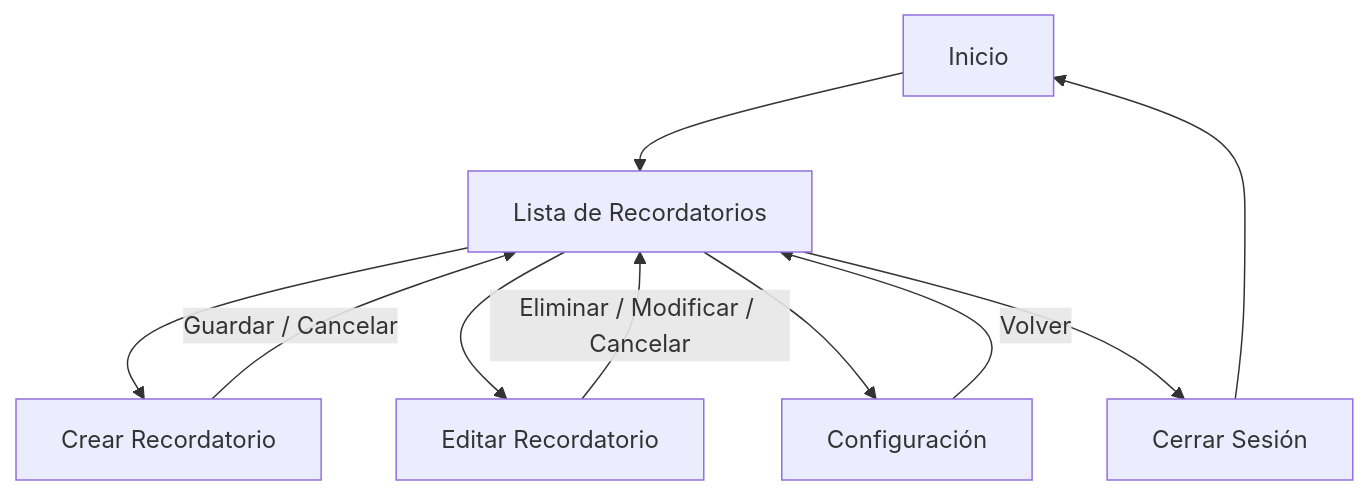
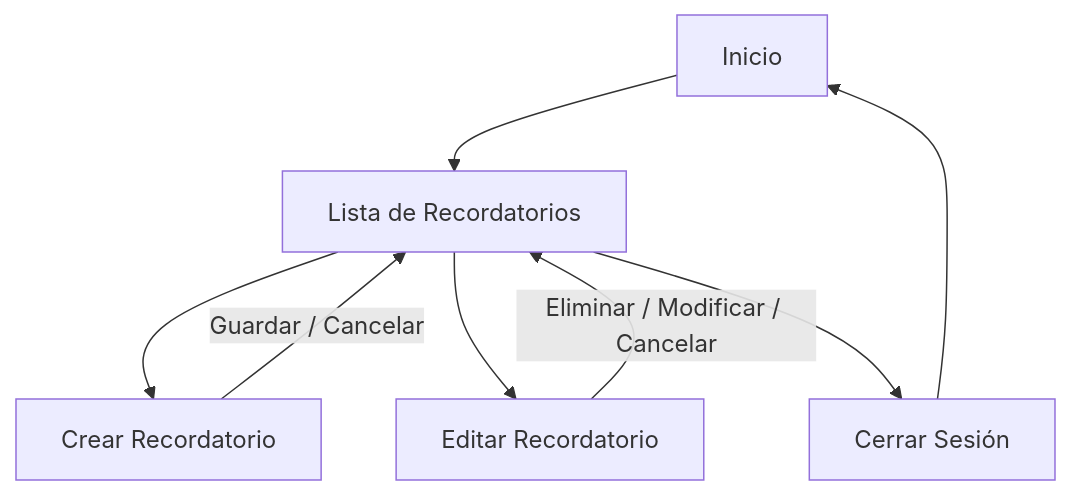
Before and after one commit to liuDam1/MV_Recordatorio: the diagram in README.md, drawn with Mermaid. The commit also changed other lines of this file and 2 other files, not shown here.

````diff
--- a/README.md
+++ b/README.md
@@ -64,14 +70,12 @@
 ```mermaid
 graph TD
     A[Inicio] --> B[Lista de Recordatorios]
 
     B --> C[Crear Recordatorio]
     B --> D[Editar Recordatorio]
-    B --> E[Configuración]
     B --> F[Cerrar Sesión]
 
     C -->|Guardar / Cancelar| B
     D -->|Eliminar / Modificar / Cancelar| B
-    E -->|Volver| B
     F --> A
 ```
````
